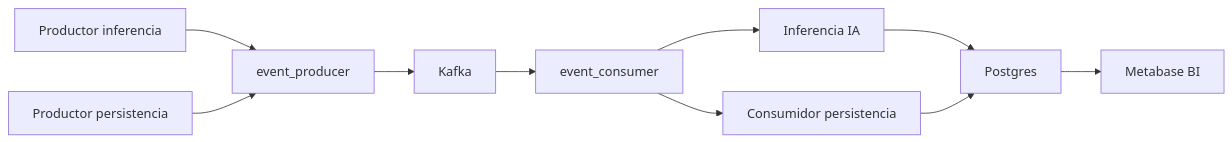
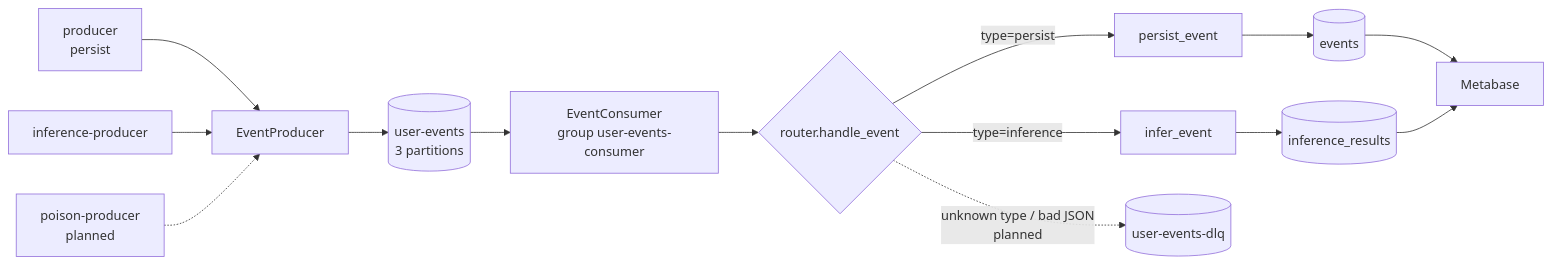
Before and after one commit to julio-correa-rios/kafka-streaming: the first of 3 diagrams in data/docs/architecture-notes.md, drawn with Mermaid. The commit also changed other lines of this file, not shown here.

Commit message:
Updating architecture notes for the robustness week.

````diff
--- a/data/docs/architecture-notes.md
+++ b/data/docs/architecture-notes.md
@@ -9,12 +10,14 @@
 ```mermaid
 flowchart LR
-  PI[Productor inferencia] --> EP[event_producer]
-  PP[Productor persistencia] --> EP
-  EP --> K[Kafka]
-  K --> EC[event_consumer]
-  EC --> IA[Inferencia IA]
-  EC --> CP[Consumidor persistencia]
-  IA --> PG[Postgres]
-  CP --> PG
-  PG --> MB[Metabase BI]
+  PP[producer<br/>persist] --> EP[EventProducer]
+  PI[inference-producer] --> EP
+  PZ[poison-producer<br/>planned] -.-> EP
+  EP --> T[(user-events<br/>3 partitions)]
+  T --> EC[EventConsumer<br/>group user-events-consumer]
+  EC --> R{router.handle_event}
+  R -- type=persist --> P[persist_event] --> E[(events)]
+  R -- type=inference --> I[infer_event] --> IR[(inference_results)]
+  R -. unknown type / bad JSON<br/>planned .-> DLQ[(user-events-dlq)]
+  E --> MB[Metabase]
+  IR --> MB
 ```
````
